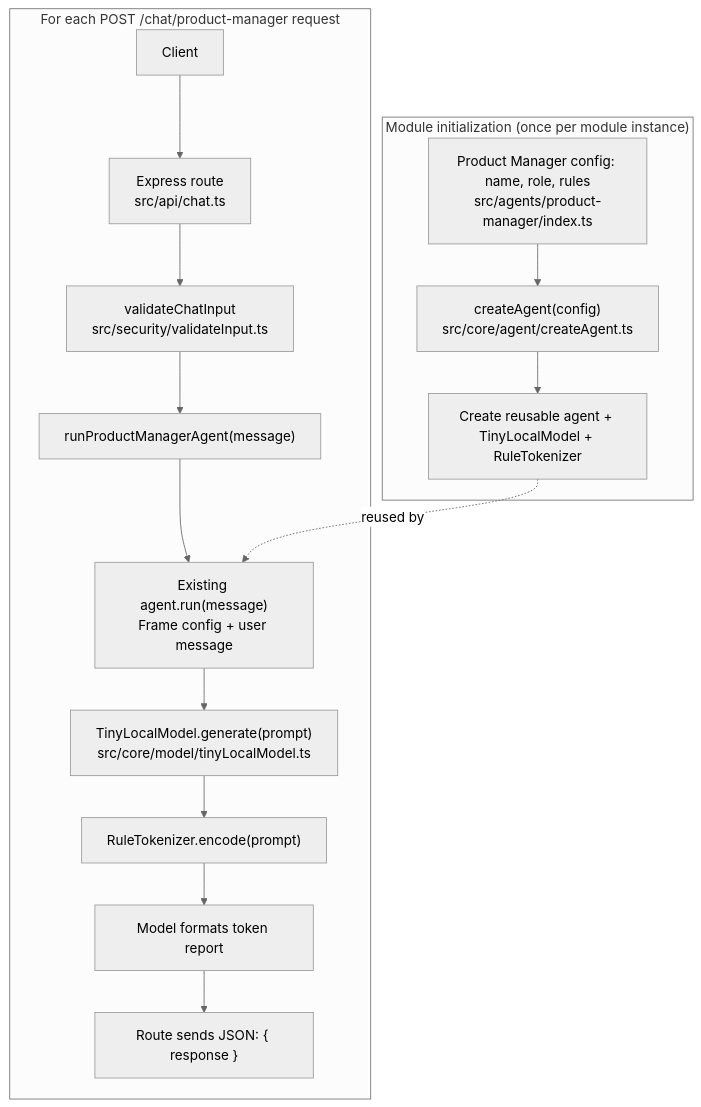
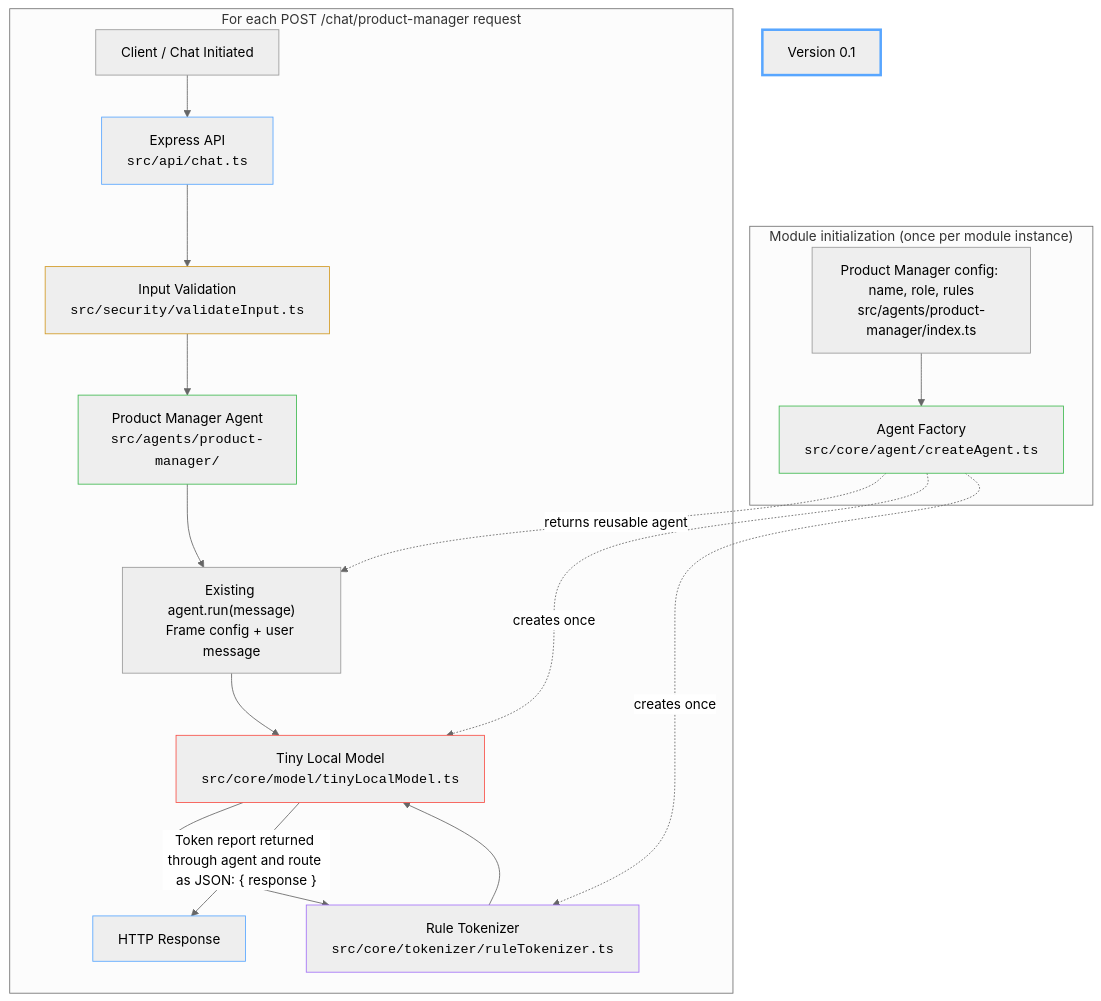
Before and after one commit to Felicia-Ainslie/fai-agent-platform: the diagram in README.md, drawn with Mermaid (neutral theme). The commit also changed other lines of this file and 2 other files, not shown here.

````diff
--- a/README.md
+++ b/README.md
@@ -212,20 +223,42 @@
 ```mermaid
 flowchart TD
+
+Version["Version 0.1"]
+
   subgraph Initialization["Module initialization (once per module instance)"]
-    Config["Product Manager config: name, role, rules<br/>src/agents/product-manager/index.ts"] --> Factory["createAgent(config)<br/>src/core/agent/createAgent.ts"]
-    Factory --> Instances["Create reusable agent + TinyLocalModel + RuleTokenizer"]
+    Config["Product Manager config: name, role, rules<br/>src/agents/product-manager/index.ts"] --> Agent["Agent Factory
+<code>src/core/agent/createAgent.ts</code>"]
   end
 
   subgraph Requests["For each POST /chat/product-manager request"]
-    Client["Client"] --> API["Express route<br/>src/api/chat.ts"]
-    API --> Validation["validateChatInput<br/>src/security/validateInput.ts"]
-    Validation --> PM["runProductManagerAgent(message)"]
-    PM --> Run["Existing agent.run(message)<br/>Frame config + user message"]
-    Run --> Model["TinyLocalModel.generate(prompt)<br/>src/core/model/tinyLocalModel.ts"]
-    Model --> Tokenizer["RuleTokenizer.encode(prompt)"]
-    Tokenizer --> Format["Model formats token report"]
-    Format --> Response["Route sends JSON: { response }"]
+  Client["Client / Chat Initiated"] --> API["Express API
+<code>src/api/chat.ts</code>"]
+
+  API --> Validation["Input Validation
+<code>src/security/validateInput.ts</code>"]
+  Validation --> PM["Product Manager Agent
+<code>src/agents/product-manager/</code>"]
+  PM --> Run["Existing agent.run(message)<br/>Frame config + user message"]
+  Run --> Model["Tiny Local Model
+<code>src/core/model/tinyLocalModel.ts</code>"]
+  Model --> Tokenizer["Rule Tokenizer
+<code>src/core/tokenizer/ruleTokenizer.ts</code>"]
+  Tokenizer --> Model
+  Model -->|"Token report returned through agent and route as JSON: { response }"| Response["HTTP Response"]
   end
 
-  Instances -. reused by .-> Run
+  Agent -. returns reusable agent .-> Run
+  Agent -. creates once .-> Model
+  Agent -. creates once .-> Tokenizer
+
+style Version stroke:#58a6ff, stroke-width:3px
+style API stroke:#58a6ff
+style Validation stroke:#d29922
+style Agent stroke:#3fb950
+style PM stroke:#3fb950
+style Model stroke:#f85149
+style Tokenizer stroke:#a371f7
+style Response stroke:#58a6ff
+
+
 ```
````
